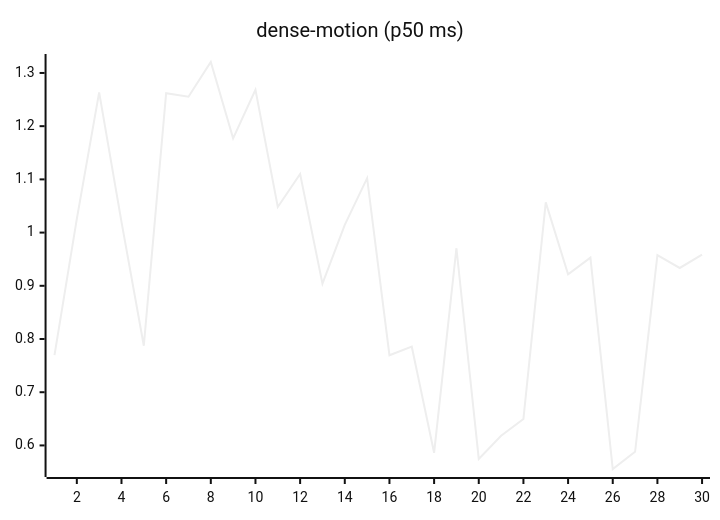
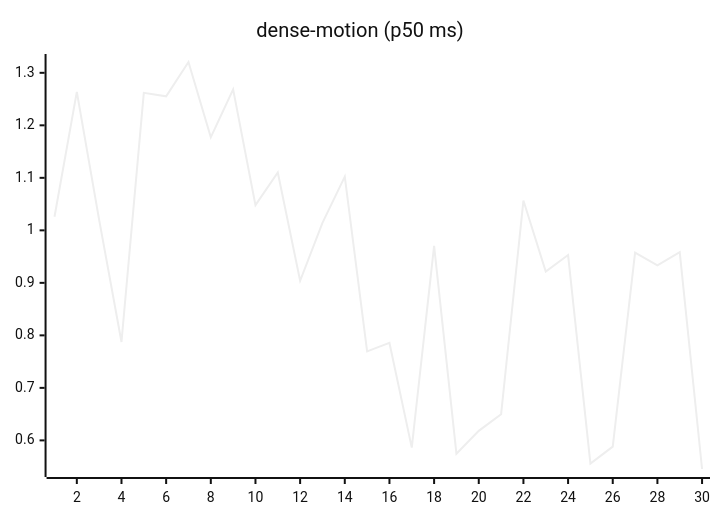
The ninth of 27 diagrams in README.md (josha/Facet), drawn with Mermaid (neutral theme) before and after one commit. The commit also changed other lines of this file and 2 other files, not shown here.

````diff
--- a/README.md
+++ b/README.md
@@ -119,6 +119,6 @@
 ```mermaid
 xychart-beta
     title "dense-motion (p50 ms)"
     x-axis 1 --> 30
-    line [0.7697, 1.0258, 1.2636, 1.0200, 0.7874, 1.2619, 1.2553, 1.3206, 1.1772, 1.2685, 1.0480, 1.1102, 0.9040, 1.0144, 1.1023, 0.7695, 0.7856, 0.5862, 0.9706, 0.5746, 0.6181, 0.6498, 1.0567, 0.9215, 0.9530, 0.5557, 0.5881, 0.9575, 0.9335, 0.9584]
+    line [1.0258, 1.2636, 1.0200, 0.7874, 1.2619, 1.2553, 1.3206, 1.1772, 1.2685, 1.0480, 1.1102, 0.9040, 1.0144, 1.1023, 0.7695, 0.7856, 0.5862, 0.9706, 0.5746, 0.6181, 0.6498, 1.0567, 0.9215, 0.9530, 0.5557, 0.5881, 0.9575, 0.9335, 0.9584, 0.5455]
 ```
````
